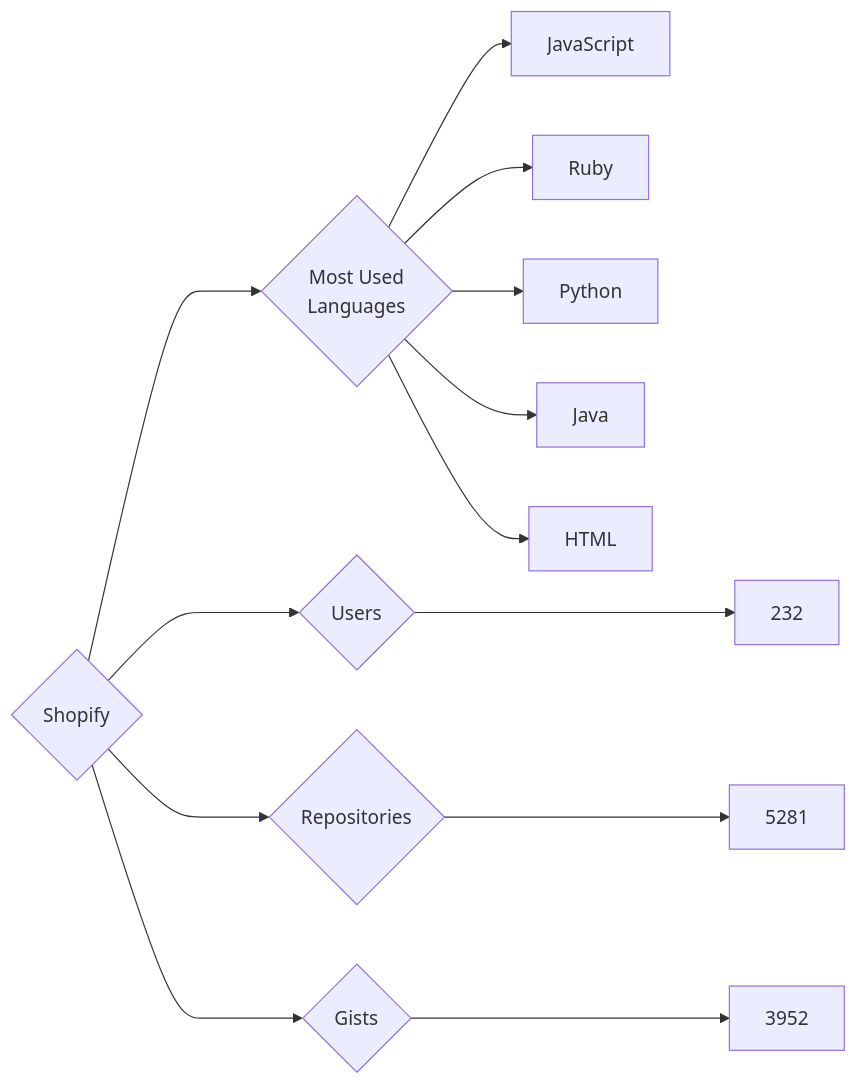
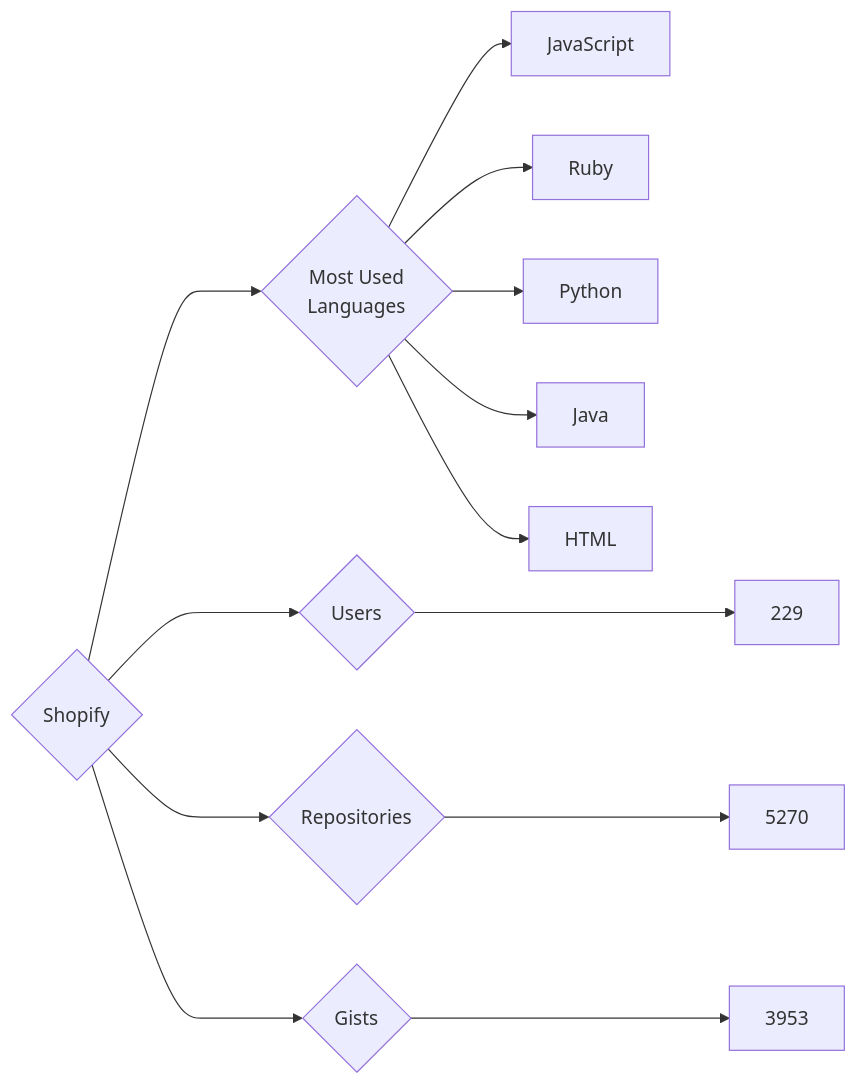
The diagram in targets/Shopify/README.md (trickest/insiders), drawn with Mermaid before and after one commit. The commit also changed 534 other files, not shown here.

````diff
--- a/targets/Shopify/README.md
+++ b/targets/Shopify/README.md
@@ -3,13 +3,13 @@
 ```mermaid
 graph LR
 COMPANY_NAME{Shopify}
-COMPANY_NAME ---> U{Users} ---> UN[232]
-COMPANY_NAME ---> R{Repositories} ---> RN[5281]
-COMPANY_NAME ---> G{Gists} ---> GN[3952]
+COMPANY_NAME ---> U{Users} ---> UN[229]
+COMPANY_NAME ---> R{Repositories} ---> RN[5270]
+COMPANY_NAME ---> G{Gists} ---> GN[3953]
 COMPANY_NAME ---> ML{Most Used<br>Languages}
 ML --> JavaScript[JavaScript]
 ML --> Ruby[Ruby]
 ML --> Python[Python]
 ML --> Java[Java]
 ML --> HTML[HTML]
 ```
````
